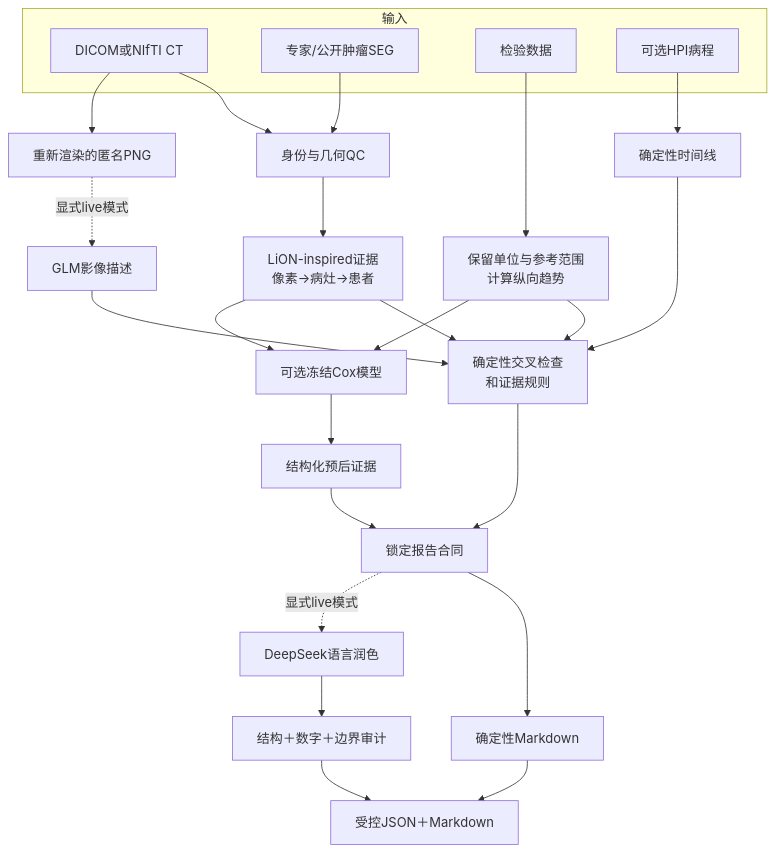
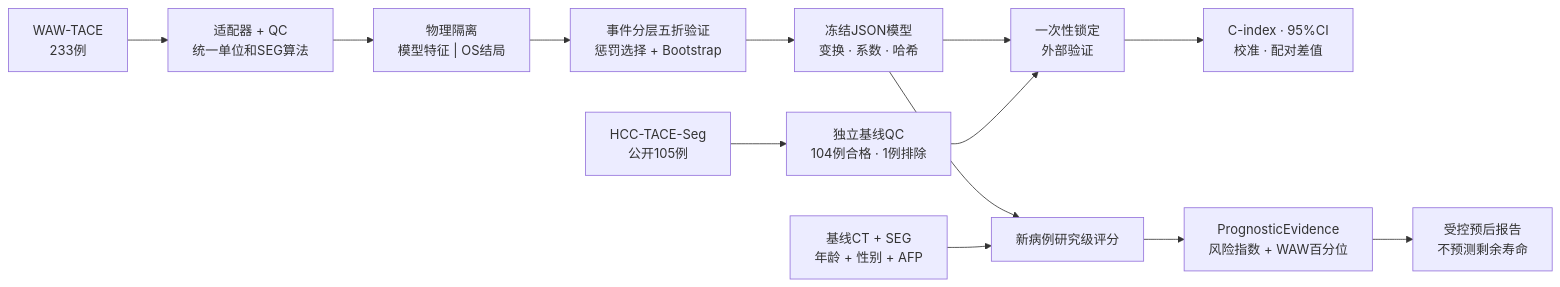
The second of 2 diagrams in README.zh-CN.md (xhu014183-cmd/OncoFuse), drawn with Mermaid before and after one commit. The commit also changed other lines of this file and 1 other file, not shown here.

````diff
--- a/README.zh-CN.md
+++ b/README.zh-CN.md
@@ -96,33 +164,17 @@
 ```mermaid
-flowchart TD
-    subgraph INPUTS["输入"]
-        CT["DICOM或NIfTI CT"]
-        SEG["专家/公开肿瘤SEG"]
-        LAB["检验数据"]
-        HPI["可选HPI病程"]
-    end
+flowchart LR
+    W["WAW-TACE<br/>233例"] --> WQC["适配器 + QC<br/>统一单位和SEG算法"]
+    WQC --> SEP["物理隔离<br/>模型特征 | OS结局"]
+    SEP --> CV["事件分层五折验证<br/>惩罚选择 + Bootstrap"]
+    CV --> FREEZE["冻结JSON模型<br/>变换 · 系数 · 哈希"]
 
-    CT --> IQC["身份与几何QC"]
-    SEG --> IQC
-    IQC --> LION["LiON-inspired证据<br/>像素→病灶→患者"]
-    CT --> PNG["重新渲染的匿名PNG"]
-    PNG -. "显式live模式" .-> GLM["GLM影像描述"]
-    LAB --> LQC["保留单位与参考范围<br/>计算纵向趋势"]
-    HPI --> TL["确定性时间线"]
+    H["HCC-TACE-Seg<br/>公开105例"] --> HQC["独立基线QC<br/>104例合格 · 1例排除"]
+    FREEZE --> EXT["一次性锁定<br/>外部验证"]
+    HQC --> EXT
+    EXT --> METRICS["C-index · 95%CI<br/>校准 · 配对差值"]
 
-    LION --> RULES["确定性交叉检查<br/>和证据规则"]
-    GLM --> RULES
-    LQC --> RULES
-    TL --> RULES
-
-    LION --> COX["可选冻结Cox模型"]
-    LQC --> COX
-    COX --> PE["结构化预后证据"]
-    RULES --> LOCK["锁定报告合同"]
-    PE --> LOCK
-    LOCK --> DET["确定性Markdown"]
-    LOCK -. "显式live模式" .-> DS["DeepSeek语言润色"]
-    DS --> AUDIT["结构＋数字＋边界审计"]
-    AUDIT --> REPORT["受控JSON＋Markdown"]
-    DET --> REPORT
+    FREEZE --> SCORE["新病例研究级评分"]
+    NEW["基线CT + SEG<br/>年龄 + 性别 + AFP"] --> SCORE
+    SCORE --> PE["PrognosticEvidence<br/>风险指数 + WAW百分位"]
+    PE --> PR["受控预后报告<br/>不预测剩余寿命"]
 ```
````
